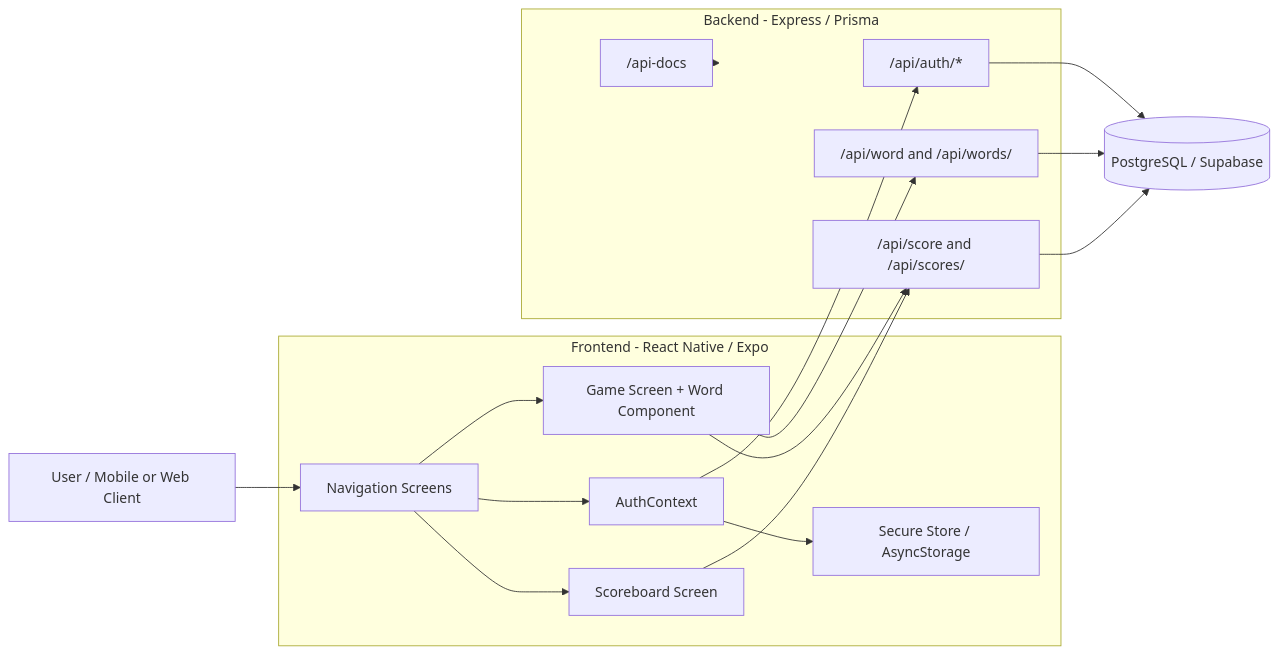
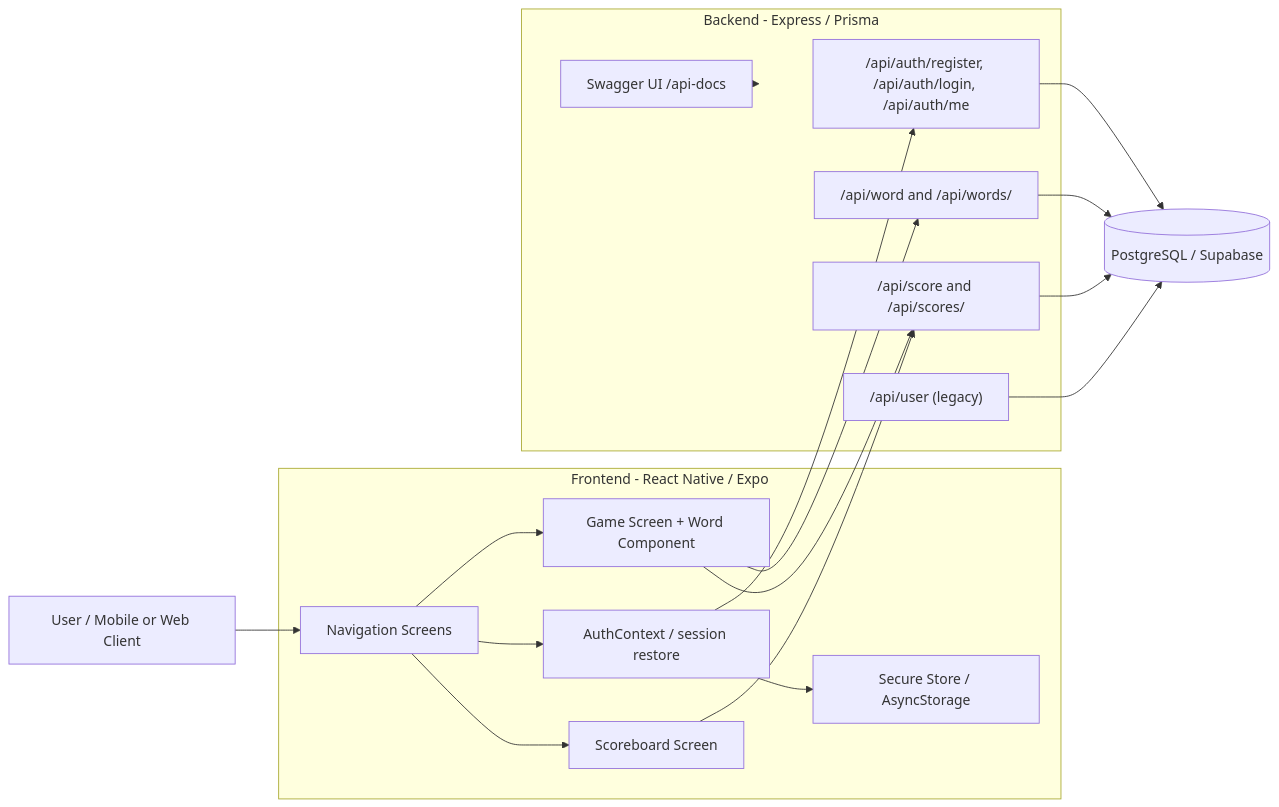
The diagram in README.md (organizationblue/vocabulary-quiz-app), drawn with Mermaid before and after one commit. The commit also changed other lines of this file and 1 other file, not shown here.

Commit message:
Documentation patch

````diff
--- a/README.md
+++ b/README.md
@@ -106,37 +106,39 @@
 ```mermaid
 flowchart LR
   User["User / Mobile or Web Client"]
 
   subgraph Frontend["Frontend - React Native / Expo"]
     Navigation["Navigation Screens"]
-    AuthContext["AuthContext"]
+    AuthContext["AuthContext / session restore"]
     GameUI["Game Screen + Word Component"]
     ScoreboardUI["Scoreboard Screen"]
     Storage["Secure Store / AsyncStorage"]
   end
 
   subgraph Backend["Backend - Express / Prisma"]
-    AuthAPI["/api/auth/*"]
+    AuthAPI["/api/auth/register, /api/auth/login, /api/auth/me"]
     WordAPI["/api/word and /api/words/"]
     ScoreAPI["/api/score and /api/scores/"]
-    Swagger["/api-docs"]
+    LegacyAPI["/api/user (legacy)"]
+    Docs["Swagger UI /api-docs"]
   end
 
   DB[("PostgreSQL / Supabase")]
 
   User --> Navigation
   Navigation --> AuthContext
   AuthContext --> Storage
   Navigation --> GameUI
   Navigation --> ScoreboardUI
 
   AuthContext --> AuthAPI
   GameUI --> WordAPI
   GameUI --> ScoreAPI
   ScoreboardUI --> ScoreAPI
 
   AuthAPI --> DB
   WordAPI --> DB
   ScoreAPI --> DB
-  Swagger --> Backend
+  LegacyAPI --> DB
+  Docs --> Backend
 ```
````
